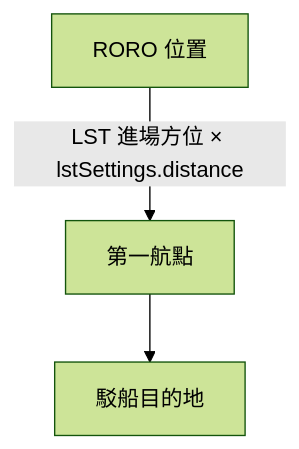
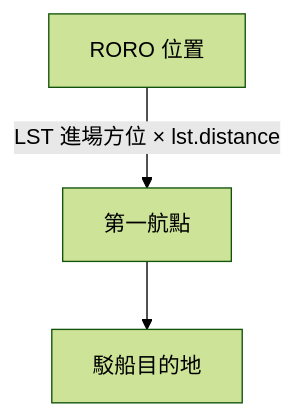
Before and after one commit to pullupjumper/formosa-in-flames: the second of 2 diagrams in docs/landingOps/adminOffloading.md, drawn with Mermaid (forest theme). The commit also changed other lines of this file and 7 other files, not shown here.

First line of the commit message:
refactor(landingOps): rename zone landing.lstSettings to lst

````diff
--- a/docs/landingOps/adminOffloading.md
+++ b/docs/landingOps/adminOffloading.md
@@ -34,5 +34,5 @@
 ```mermaid
 flowchart TD
-    A["RORO 位置"] -->|"LST 進場方位 × lstSettings.distance"| B["第一航點"]
+    A["RORO 位置"] -->|"LST 進場方位 × lst.distance"| B["第一航點"]
     B --> C["駁船目的地"]
 ```
````
